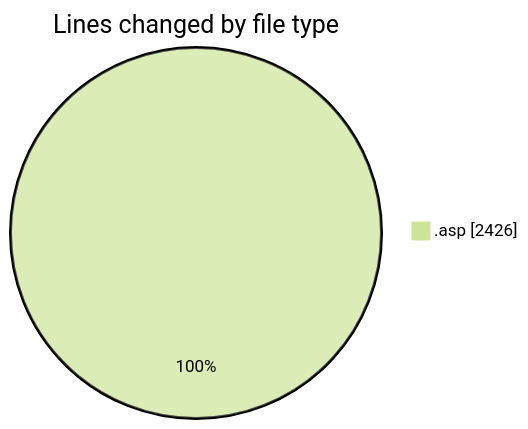
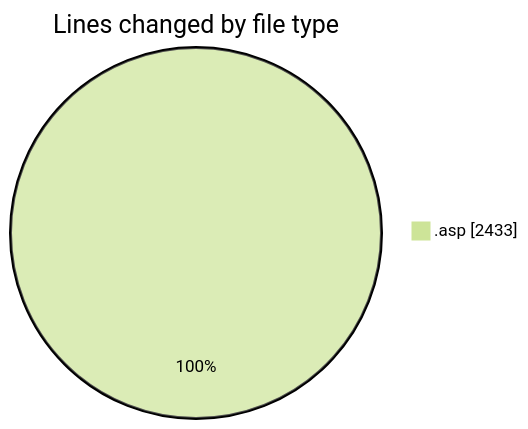
Before and after one commit to julien-gomy/code-tracking: the first of 2 diagrams in 2025-10-24/usr_aleoudev_fr__workspace_/README.md, drawn with Mermaid (forest theme). The commit also changed other lines of this file and 1 other file, not shown here.

````diff
--- a/2025-10-24/usr_aleoudev_fr__workspace_/README.md
+++ b/2025-10-24/usr_aleoudev_fr__workspace_/README.md
@@ -21,5 +21,5 @@
 ```mermaid
 pie showData
 title Lines changed by file type
-".asp" : 2426
+".asp" : 2433
 ```
````
